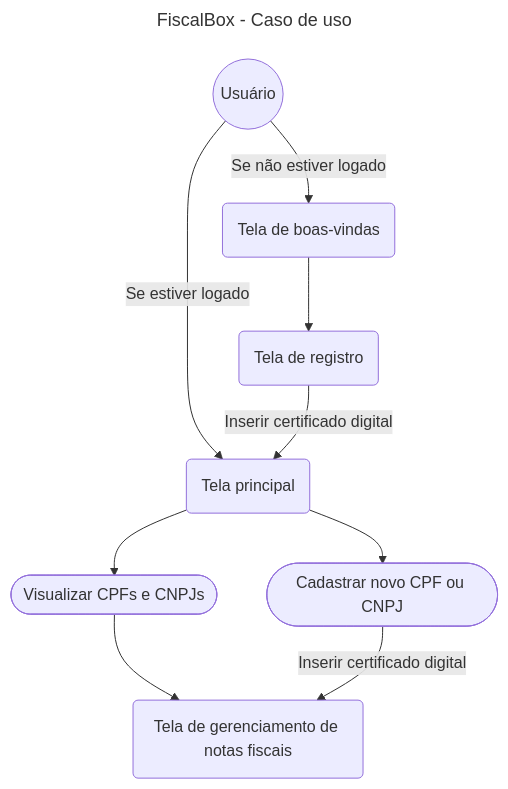
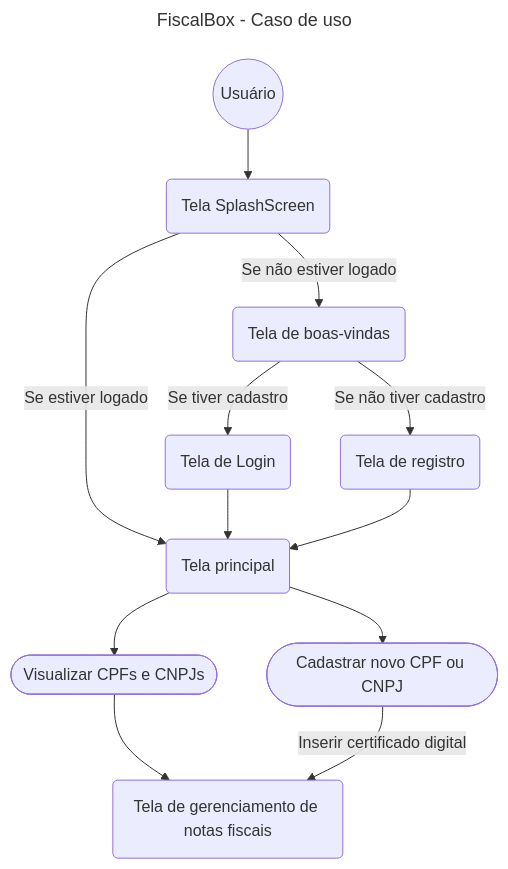
Before and after one commit to gui-bvr/projeto-portifolio-FiscalBox: the diagram in assets/diagrams/caso_de_uso.md, drawn with Mermaid. The commit also changed 1 other file, not shown here.

Commit message:
Documentação

````diff
--- a/assets/diagrams/caso_de_uso.md
+++ b/assets/diagrams/caso_de_uso.md
@@ -1,15 +1,18 @@
 ```mermaid
 ---
 title: FiscalBox - Caso de uso
 ---
 
 flowchart TD
-    User((Usuário)) --> |Se estiver logado| HomePage(Tela principal)
-    User --> |Se não estiver logado| WelcomePage(Tela de boas-vindas)
-    WelcomePage --> RegisterPage(Tela de registro)
-    RegisterPage --> |Inserir certificado digital| HomePage
+    User((Usuário)) --> SplashScreen(Tela SplashScreen)
+    SplashScreen --> |Se estiver logado| HomePage(Tela principal)
+    SplashScreen --> |Se não estiver logado| WelcomePage(Tela de boas-vindas)
+    WelcomePage --> |Se tiver cadastro| LoginPage(Tela de Login)
+    WelcomePage --> |Se não tiver cadastro| RegisterPage(Tela de registro)
+    LoginPage --> HomePage
+    RegisterPage --> HomePage
     HomePage --> ShowContent([Visualizar CPFs e CNPJs])
     HomePage --> Register([Cadastrar novo CPF ou CNPJ])
     ShowContent --> ViewContent(Tela de gerenciamento de notas fiscais)
     Register --> |Inserir certificado digital| ViewContent
 ```
````
